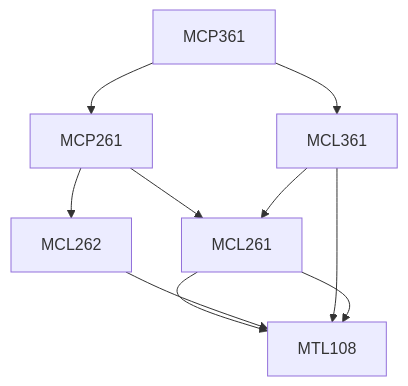
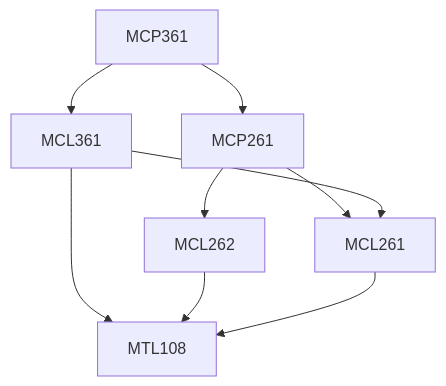
The diagram in content/Mechanical Engineering/MCP361.md (KeshavBansal0122/CoS_Website), drawn with Mermaid before and after one commit. The commit also changed other lines of this file and 2667 other files, not shown here.

````diff
--- a/content/Mechanical Engineering/MCP361.md
+++ b/content/Mechanical Engineering/MCP361.md
@@ -15,12 +13,15 @@
 ```mermaid
-graph TD
-MCP361 --> MCP261
-MCP261 --> MCL261
-MCL261 --> MTL108
-MCP261 --> MCL262
-MCL262 --> MTL108
-MCP361 --> MCL361
-MCL361 --> MTL108
-MCL361 --> MCL261
-MCL261 --> MTL108
+flowchart TD
+MCP361-474[MCP361]
+MCL361-474 --> MTL108-474[MTL108]
+MCP261-474 --> MCL261-474[MCL261]
+MCL361-474 --> MCL261-474[MCL261]
+MCP361-474 --> MCP261-474[MCP261]
+MCL262-474 --> MTL108-474[MTL108]
+MCL261-474 --> MTL108-474[MTL108]
+MCP261-474 --> MCL262-474[MCL262]
+MCP361-474 --> MCL361-474[MCL361]
+
+classDef empty height:17px, fill:transparent, stroke:transparent;
+classDef trueEmpty height:0px, width:0px;
 ```
````
